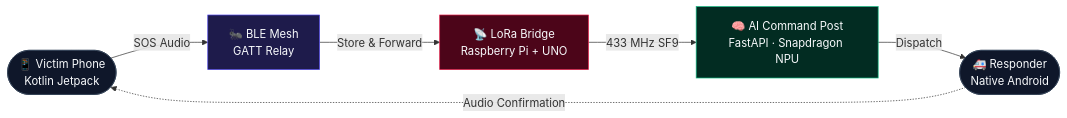
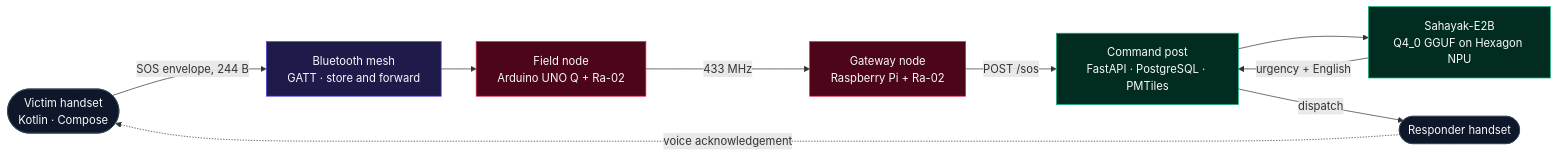
Before and after one commit to Kesav2k04/Sankat-Mochan: the diagram in README.md, drawn with Mermaid. The commit also changed other lines of this file, not shown here.

````diff
--- a/README.md
+++ b/README.md
@@ -41,24 +80,24 @@
 ```mermaid
 flowchart LR
-    %% Safe Styling
-    classDef ui fill:#0f172a,stroke:#334155,stroke-width:1px,color:#f8fafc
-    classDef mesh fill:#1e1b4b,stroke:#4f46e5,stroke-width:1px,color:#f8fafc
-    classDef hardware fill:#4c0519,stroke:#e11d48,stroke-width:1px,color:#f8fafc
-    classDef ai fill:#022c22,stroke:#10b981,stroke-width:1px,color:#f8fafc
+    classDef ui       fill:#0f172a,stroke:#334155,color:#f8fafc
+    classDef mesh     fill:#1e1b4b,stroke:#4f46e5,color:#f8fafc
+    classDef hardware fill:#4c0519,stroke:#e11d48,color:#f8fafc
+    classDef ai       fill:#022c22,stroke:#10b981,color:#f8fafc
 
-    %% Nodes
-    Victim(["📱 Victim Phone\nKotlin Jetpack"]):::ui
-    BLE["🐜 BLE Mesh\nGATT Relay"]:::mesh
-    LoRaGateway["📡 LoRa Bridge\nRaspberry Pi + UNO"]:::hardware
-    CommandPost["🧠 AI Command Post\nFastAPI · Snapdragon NPU"]:::ai
-    Responder(["🚑 Responder\nNative Android"]):::ui
+    Victim(["Victim handset<br/>Kotlin · Compose"]):::ui
+    BLE["Bluetooth mesh<br/>GATT · store and forward"]:::mesh
+    Field["Field node<br/>Arduino UNO Q + Ra-02"]:::hardware
+    Gate["Gateway node<br/>Raspberry Pi + Ra-02"]:::hardware
+    Post["Command post<br/>FastAPI · PostgreSQL · PMTiles"]:::ai
+    Model["Sahayak-E2B<br/>Q4_0 GGUF on Hexagon NPU"]:::ai
+    Responder(["Responder handset"]):::ui
 
-    %% Linear Flow
-    Victim -->|"SOS Audio"| BLE
-    BLE -->|"Store & Forward"| LoRaGateway
-    LoRaGateway -->|"433 MHz SF9"| CommandPost
-    CommandPost -->|"Dispatch"| Responder
-    
-    %% Asynchronous Callbacks
-    Responder -.->|"Audio Confirmation"| Victim
+    Victim -->|"SOS envelope, 244 B"| BLE
+    BLE --> Field
+    Field -->|"433 MHz"| Gate
+    Gate -->|"POST /sos"| Post
+    Post --> Model
+    Model -->|"urgency + English"| Post
+    Post -->|"dispatch"| Responder
+    Responder -.->|"voice acknowledgement"| Victim
 ```
````
